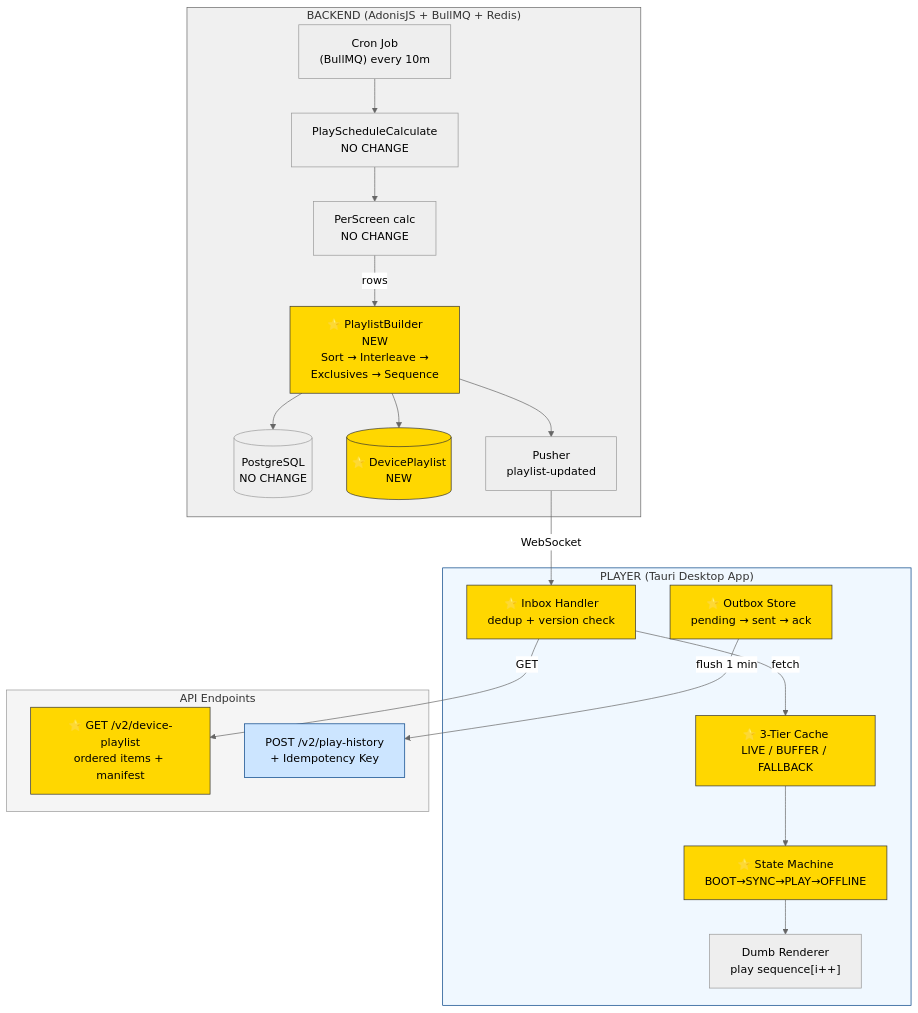
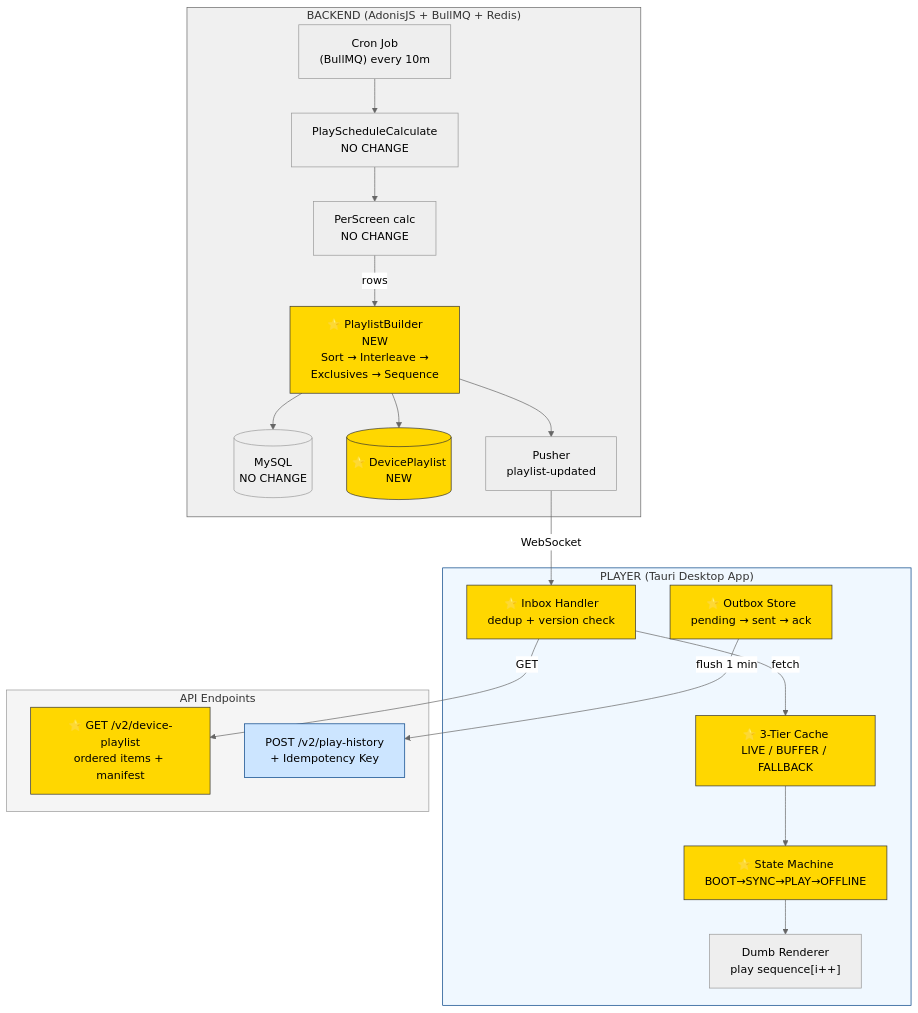
One commit to wasikarn/jira-generator changed the diagram in scripts/diagrams/01-proposed-architecture.mmd. Above: the diagram before and after it, drawn with Mermaid (neutral theme). The commit also changed 2 other files, not shown here.

Commit message:
fix: correct PostgreSQL references to MySQL in player architecture page
The platform-api uses MySQL (mysql2 driver), not PostgreSQL. Fixed 3
references: infrastructure mapping table, proposed architecture diagram,
and event flow diagram.

```diff
--- a/scripts/diagrams/01-proposed-architecture.mmd
+++ b/scripts/diagrams/01-proposed-architecture.mmd
@@ -1,34 +1,34 @@
 flowchart TD
     subgraph BE["BACKEND (AdonisJS + BullMQ + Redis)"]
         Cron["Cron Job<br/>(BullMQ) every 10m"] --> Calc["PlayScheduleCalculate<br/>NO CHANGE"]
         Calc --> Per["PerScreen calc<br/>NO CHANGE"]
         Per -->|"rows"| PB["⭐ PlaylistBuilder<br/>NEW<br/>Sort → Interleave →<br/>Exclusives → Sequence"]
-        PB --> DB[("PostgreSQL<br/>NO CHANGE")]
+        PB --> DB[("MySQL<br/>NO CHANGE")]
         PB --> DPL[("⭐ DevicePlaylist<br/>NEW")]
         PB --> Push["Pusher<br/>playlist-updated"]
     end
     Push -->|"WebSocket"| INB
     subgraph PL["PLAYER (Tauri Desktop App)"]
         INB["⭐ Inbox Handler<br/>dedup + version check"]
         INB -->|"fetch"| CACHE["⭐ 3-Tier Cache<br/>LIVE / BUFFER / FALLBACK"]
         CACHE --> SM["⭐ State Machine<br/>BOOT→SYNC→PLAY→OFFLINE"]
         SM --> REN["Dumb Renderer<br/>play sequence[i++]"]
         OUT["⭐ Outbox Store<br/>pending → sent → ack"]
     end
     subgraph APILAYER["API Endpoints"]
         API1["⭐ GET /v2/device-playlist<br/>ordered items + manifest"]
         API2["POST /v2/play-history<br/>+ Idempotency Key"]
     end
     INB -->|"GET"| API1
     OUT -->|"flush 1 min"| API2
     style BE fill:#f0f0f0,stroke:#666
     style PL fill:#f0f8ff,stroke:#004085
     style APILAYER fill:#f5f5f5,stroke:#999
     style PB fill:#ffd700,stroke:#333
     style DPL fill:#ffd700,stroke:#333
     style INB fill:#ffd700,stroke:#333
     style CACHE fill:#ffd700,stroke:#333
     style SM fill:#ffd700,stroke:#333
     style OUT fill:#ffd700,stroke:#333
     style API1 fill:#ffd700,stroke:#333
     style API2 fill:#cce5ff,stroke:#004085
```
